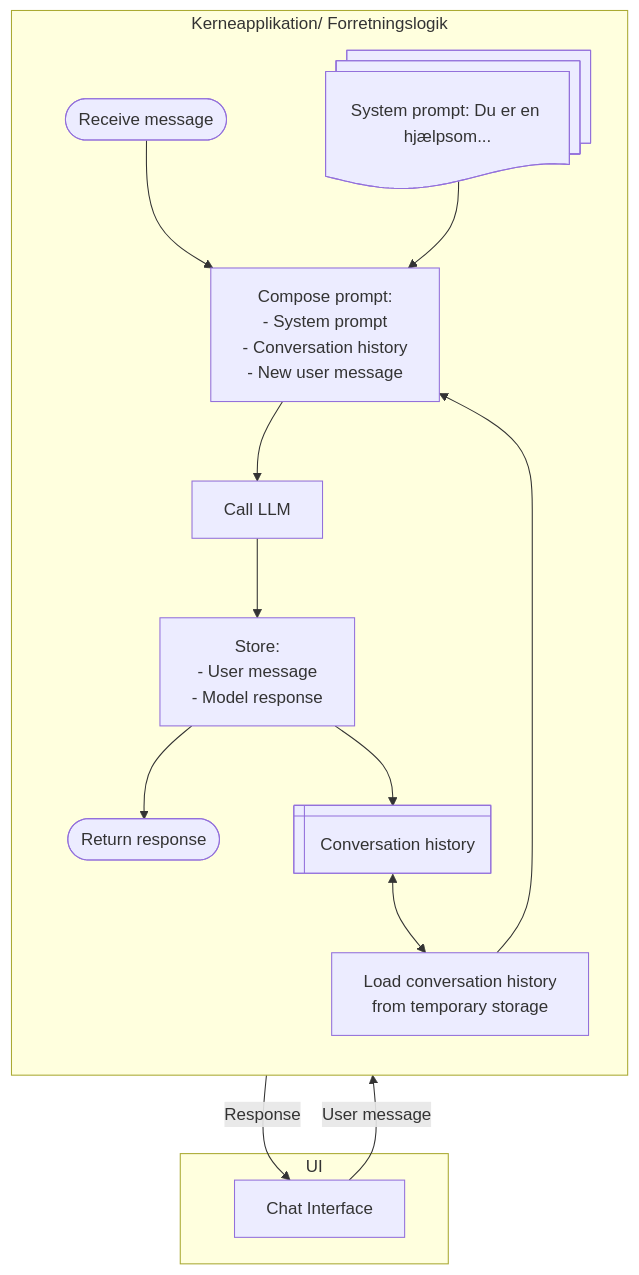
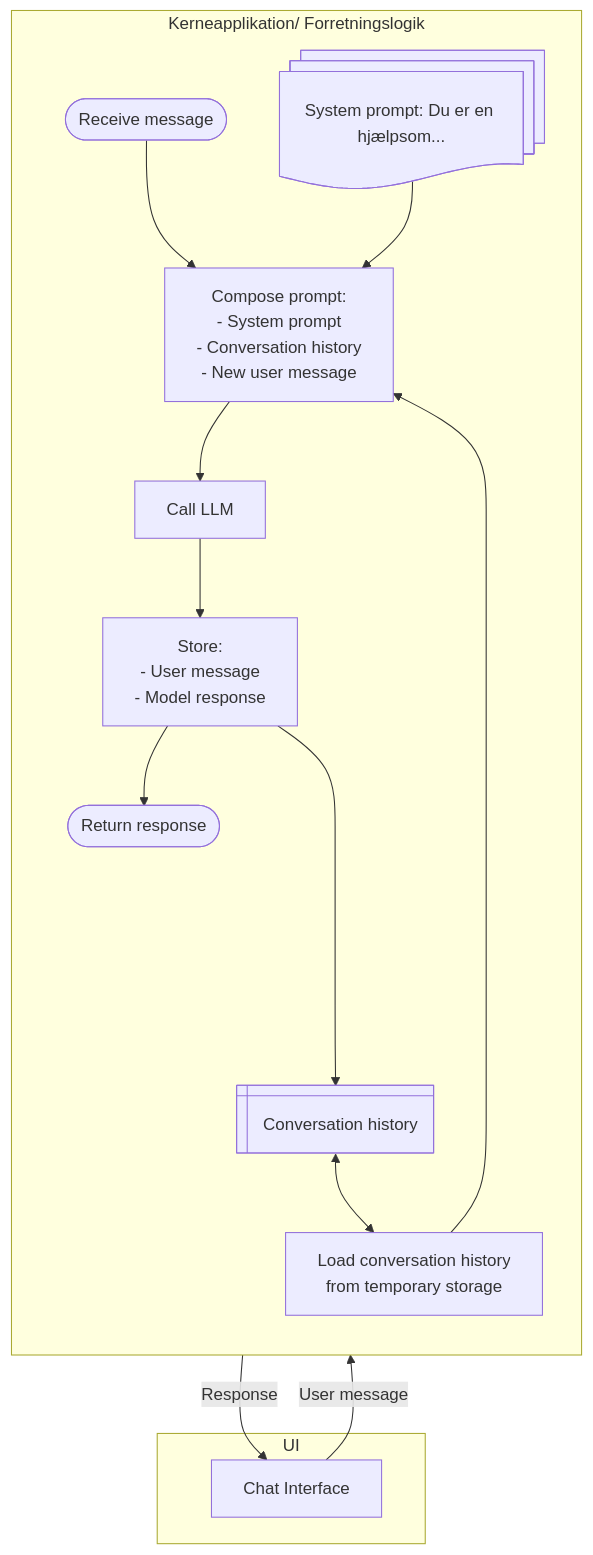
The diagram in docs/minimumskrav/AI_loesningseksempler/simpleste_chat.md (OS2sandbox/public-genai-governance), drawn with Mermaid before and after one commit.

Commit message:
Try to force storage away from the store action

````diff
--- a/docs/minimumskrav/AI_loesningseksempler/simpleste_chat.md
+++ b/docs/minimumskrav/AI_loesningseksempler/simpleste_chat.md
@@ -6,43 +6,43 @@
 ```mermaid
 flowchart TD
 
     subgraph UI["UI"]
         chat["Chat Interface"]
     end
 
     chat -->|User message| start
 
     subgraph core["Kerneapplikation/ Forretningslogik"]
 
         direction TB
 
         start([Receive message])
 
         storage@{ shape: win-pane, label: "Conversation history" }
         
         ctx["Load conversation history
              from temporary storage"]
              
         prompt@{ shape: docs, label: "System prompt: Du er en hjælpsom..." }     
 
         compose["Compose prompt:
                 - System prompt
                 - Conversation history
                 - New user message"]
 
         callModel["Call LLM"]
 
         store["Store:
                - User message
                - Model response"]
 
         respond([Return response])
 
         start --> compose --> callModel --> store --> respond
         storage <--> ctx --> compose
         prompt --> compose
-        store --> storage
+        store -----> storage
     end
 
     respond -->|Response| chat
 ```
````
